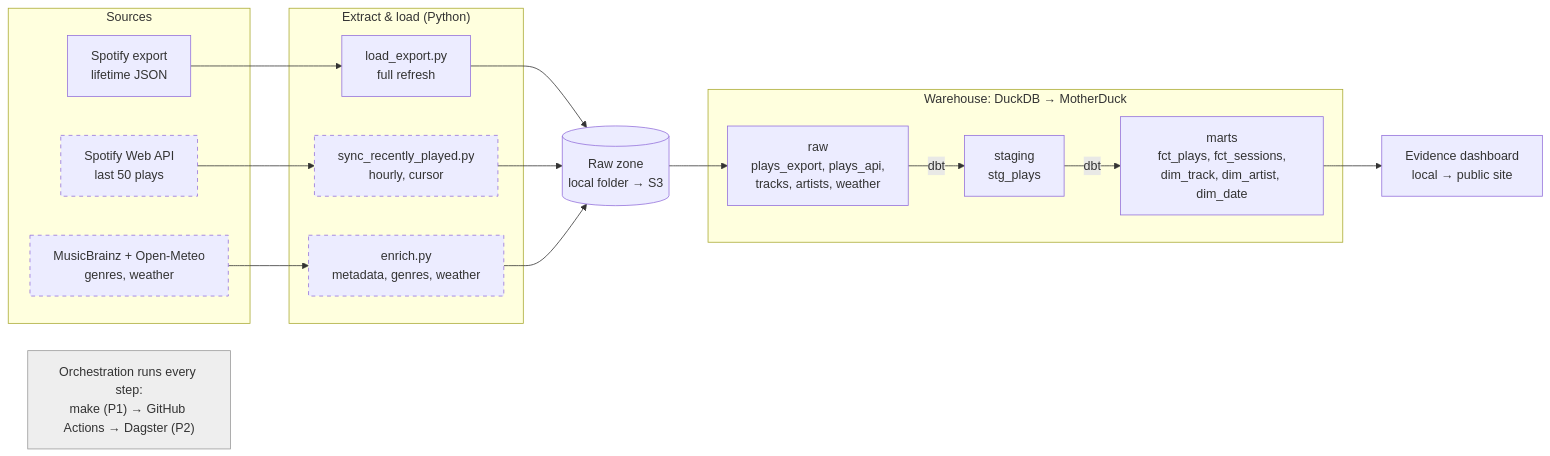
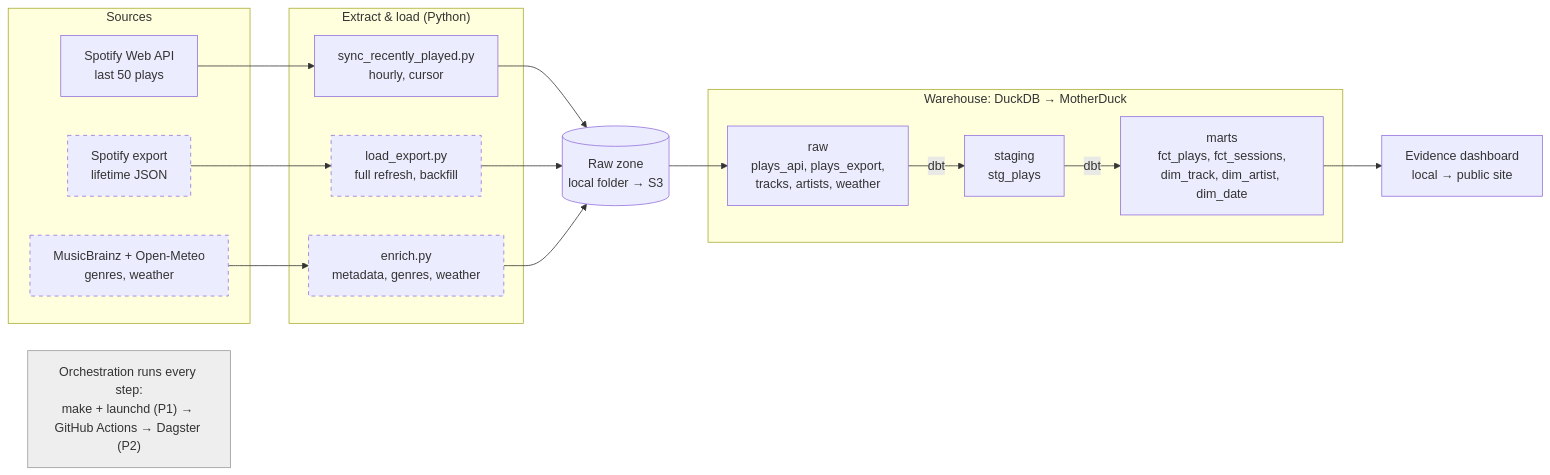
One commit to Eldon-NCYG/backtrack changed the diagram in README.md. Above: the diagram before and after it, drawn with Mermaid. The commit also changed other lines of this file and 13 other files, not shown here.

First line of the commit message:
Re-plan phase 1 around the Spotify API; export moves to phase 2

````diff
--- a/README.md
+++ b/README.md
@@ -11,39 +13,39 @@
 ```mermaid
 flowchart LR
     subgraph SRC["Sources"]
-        EXP["Spotify export<br/>lifetime JSON"]
-        API["Spotify Web API<br/>last 50 plays"]:::p2
+        API["Spotify Web API<br/>last 50 plays"]
+        EXP["Spotify export<br/>lifetime JSON"]:::p2
         ENR["MusicBrainz + Open-Meteo<br/>genres, weather"]:::p2
     end
 
     subgraph EL["Extract & load (Python)"]
-        LOAD["load_export.py<br/>full refresh"]
-        SYNC["sync_recently_played.py<br/>hourly, cursor"]:::p2
+        SYNC["sync_recently_played.py<br/>hourly, cursor"]
+        LOAD["load_export.py<br/>full refresh, backfill"]:::p2
         ENRJ["enrich.py<br/>metadata, genres, weather"]:::p2
     end
 
     RAW[("Raw zone<br/>local folder → S3")]
 
     subgraph WH["Warehouse: DuckDB → MotherDuck"]
-        R["raw<br/>plays_export, plays_api,<br/>tracks, artists, weather"]
+        R["raw<br/>plays_api, plays_export,<br/>tracks, artists, weather"]
         S["staging<br/>stg_plays"]
         M["marts<br/>fct_plays, fct_sessions,<br/>dim_track, dim_artist, dim_date"]
         R -->|dbt| S -->|dbt| M
     end
 
     DASH["Evidence dashboard<br/>local → public site"]
 
+    API --> SYNC
     EXP --> LOAD
-    API --> SYNC
     ENR --> ENRJ
+    SYNC --> RAW
     LOAD --> RAW
-    SYNC --> RAW
     ENRJ --> RAW
     RAW --> R
     M --> DASH
 
-    ORCH["Orchestration runs every step:<br/>make (P1) → GitHub Actions → Dagster (P2)"]:::ops
+    ORCH["Orchestration runs every step:<br/>make + launchd (P1) → GitHub Actions → Dagster (P2)"]:::ops
 
     classDef p2 stroke-dasharray: 5 5
     classDef ops fill:#eee,stroke:#999
 ```
````
